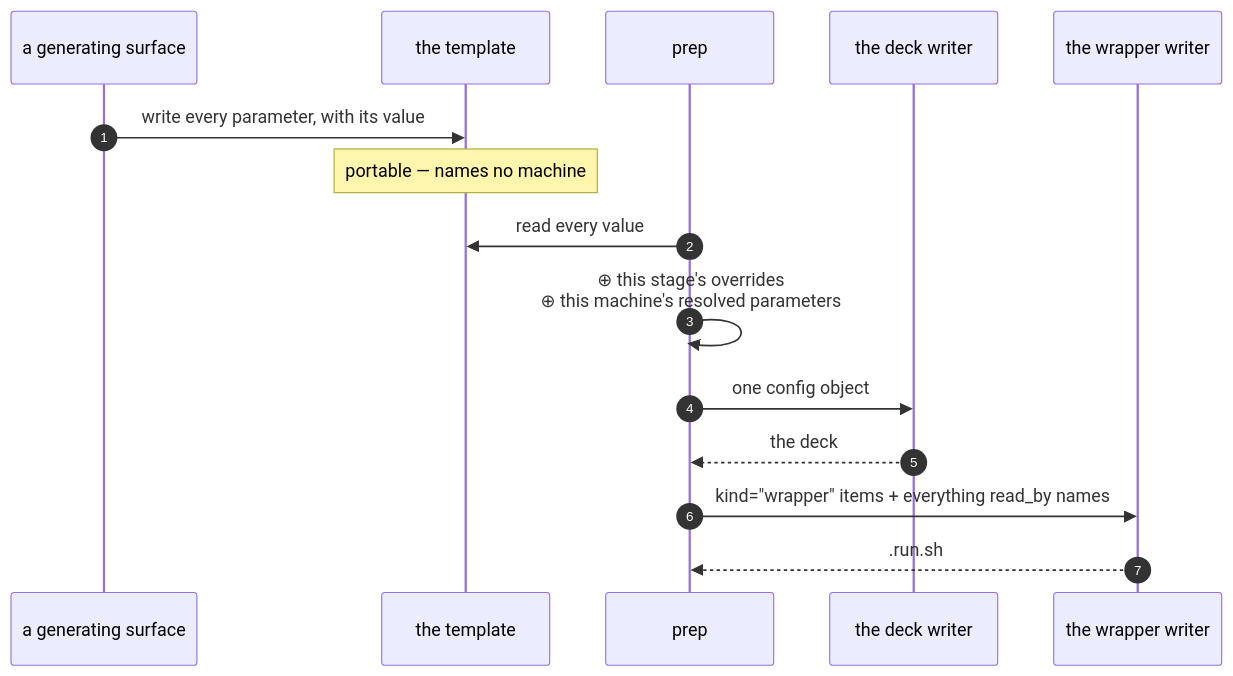
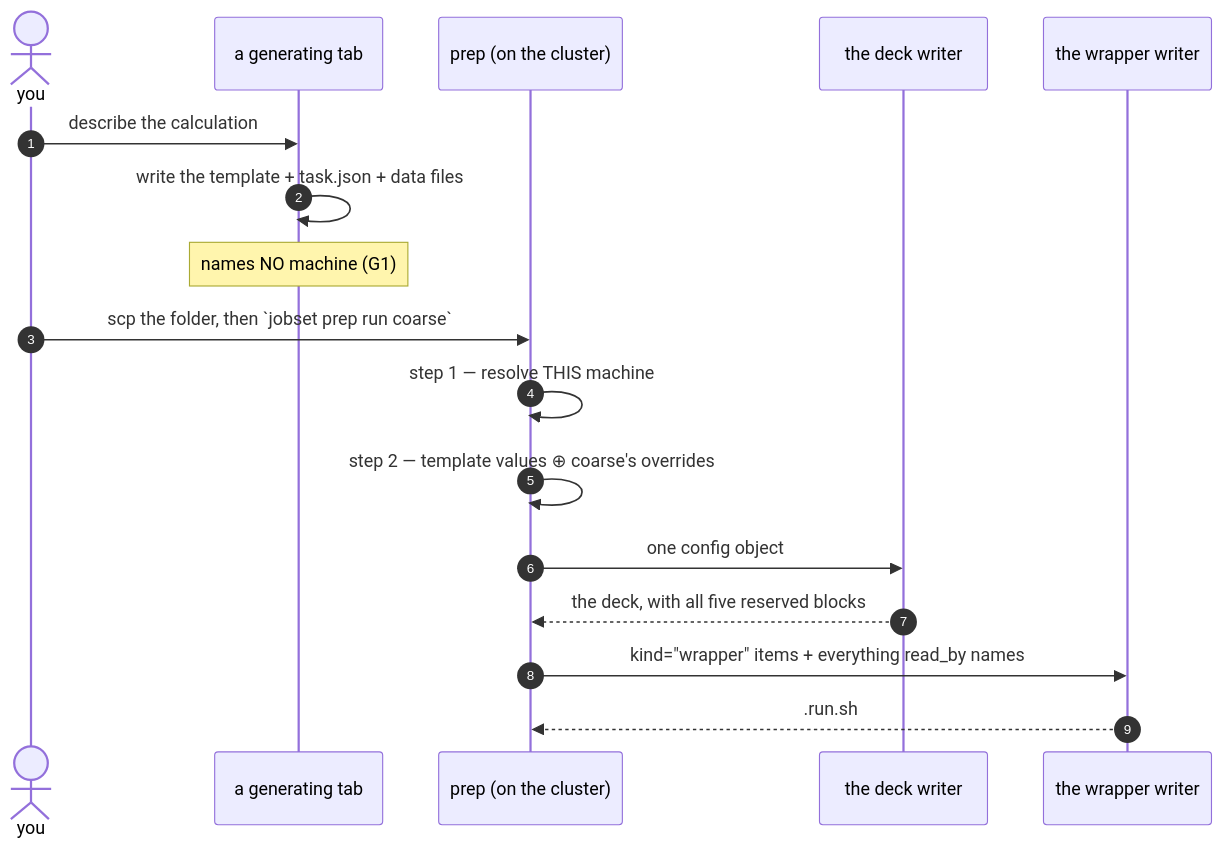
The fourth of 4 diagrams in docs/engines/template.md (Qing-LAB/molbuilder), drawn with Mermaid before and after one commit. The commit also changed other lines of this file and 3 other files, not shown here.

````diff
--- a/docs/engines/template.md
+++ b/docs/engines/template.md
@@ -298,18 +589,20 @@
 ```mermaid
 sequenceDiagram
     autonumber
-    participant S as a generating surface
-    participant T as the template
-    participant P as prep
+    actor U as you
+    participant B as a generating tab
+    participant P as prep (on the cluster)
     participant D as the deck writer
     participant W as the wrapper writer
 
-    S->>T: write every parameter, with its value
-    Note over T: portable — names no machine
-    P->>T: read every value
-    P->>P: ⊕ this stage's overrides<br/>⊕ this machine's resolved parameters
+    U->>B: describe the calculation
+    B->>B: write the template + task.json + data files
+    Note over B: names NO machine (G1)
+    U->>P: scp the folder, then `jobset prep run coarse`
+    P->>P: step 1 — resolve THIS machine
+    P->>P: step 2 — template values ⊕ coarse's overrides
     P->>D: one config object
-    D-->>P: the deck
+    D-->>P: the deck, with all five reserved blocks
     P->>W: kind="wrapper" items + everything read_by names
     W-->>P: .run.sh
 ```
````
